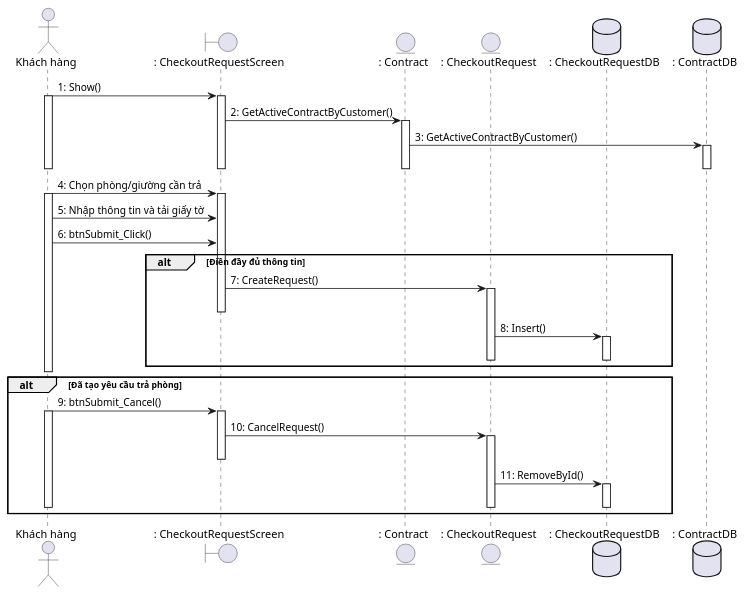
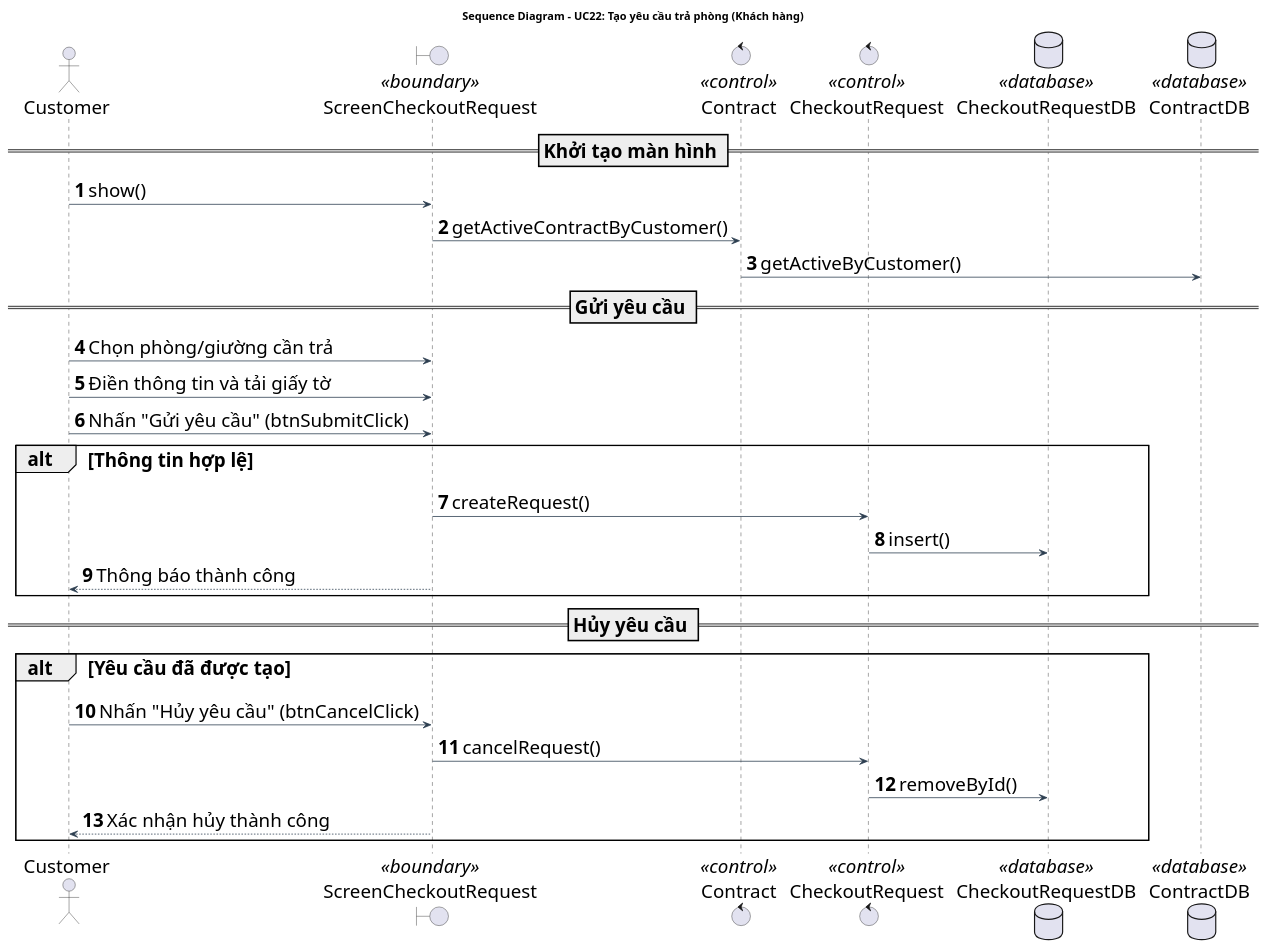
The diagram in doc/system/yeu_cau_tra_phong/tao_yeu_cau_tra_phong_seq.wsd (Gnourt812005/HCMUS-Analyze-and-desgin-IS), drawn with PlantUML before and after one commit. The commit also changed 48 other files, not shown here.

Commit message:
sys-uc: align format diagram

```diff
--- a/doc/system/yeu_cau_tra_phong/tao_yeu_cau_tra_phong_seq.wsd
+++ b/doc/system/yeu_cau_tra_phong/tao_yeu_cau_tra_phong_seq.wsd
@@ -1,51 +1,45 @@
-@startuml
-actor "Khách hàng" as KhachHang
-boundary ": CheckoutRequestScreen" as Screen
-entity ": Contract" as Contract
-entity ": CheckoutRequest" as Request
-database ": CheckoutRequestDB" as RequestDB
-database ": ContractDB" as ContractDB
+@startuml CreateCheckoutRequest_SequenceDiagram
+title Sequence Diagram - UC22: Tạo yêu cầu trả phòng (Khách hàng)
 
-KhachHang -> Screen: 1: Show()
-activate KhachHang
-activate Screen
-Screen -> Contract: 2: GetActiveContractByCustomer()
-activate Contract
-Contract -> ContractDB: 3: GetActiveContractByCustomer()
-activate ContractDB
-deactivate ContractDB
-deactivate Contract
-deactivate Screen
-deactivate KhachHang
+skinparam {
+    BackgroundColor White
+    ArrowColor #2D3E50
+    DefaultFontName "Arial"
+    DefaultFontSize 24
+    ParticipantPadding 20
+}
 
-KhachHang -> Screen: 4: Chọn phòng/giường cần trả
-activate KhachHang
-activate Screen
-KhachHang -> Screen: 5: Nhập thông tin và tải giấy tờ
-KhachHang -> Screen: 6: btnSubmit_Click()
-alt Điền đầy đủ thông tin
-    Screen -> Request: 7: CreateRequest()
-    activate Request
-    deactivate Screen
-    Request -> RequestDB: 8: Insert()
-    activate RequestDB
-    deactivate RequestDB
-    deactivate Request
+actor "Customer" as Customer
+boundary "ScreenCheckoutRequest" as Screen <<boundary>>
+control "Contract" as Contract <<control>>
+control "CheckoutRequest" as Request <<control>>
+database "CheckoutRequestDB" as RequestDB <<database>>
+database "ContractDB" as ContractDB <<database>>
+
+autonumber
+
+== Khởi tạo màn hình ==
+Customer -> Screen: show()
+Screen -> Contract: getActiveContractByCustomer()
+Contract -> ContractDB: getActiveByCustomer()
+
+== Gửi yêu cầu ==
+Customer -> Screen: Chọn phòng/giường cần trả
+Customer -> Screen: Điền thông tin và tải giấy tờ
+Customer -> Screen: Nhấn "Gửi yêu cầu" (btnSubmitClick)
+
+alt Thông tin hợp lệ
+    Screen -> Request: createRequest()
+    Request -> RequestDB: insert()
+    Screen --> Customer: Thông báo thành công
 end
-deactivate KhachHang
 
-alt  Đã tạo yêu cầu trả phòng
-activate KhachHang
-    KhachHang -> Screen: 9: btnSubmit_Cancel()
-    activate KhachHang
-    activate Screen
-    Screen -> Request: 10: CancelRequest()
-    activate Request
-    deactivate Screen
-    Request -> RequestDB: 11: RemoveById()
-    activate RequestDB
-    deactivate RequestDB
-    deactivate Request
-    deactivate KhachHang
+== Hủy yêu cầu ==
+alt Yêu cầu đã được tạo
+    Customer -> Screen: Nhấn "Hủy yêu cầu" (btnCancelClick)
+    Screen -> Request: cancelRequest()
+    Request -> RequestDB: removeById()
+    Screen --> Customer: Xác nhận hủy thành công
 end
+
 @enduml
```
